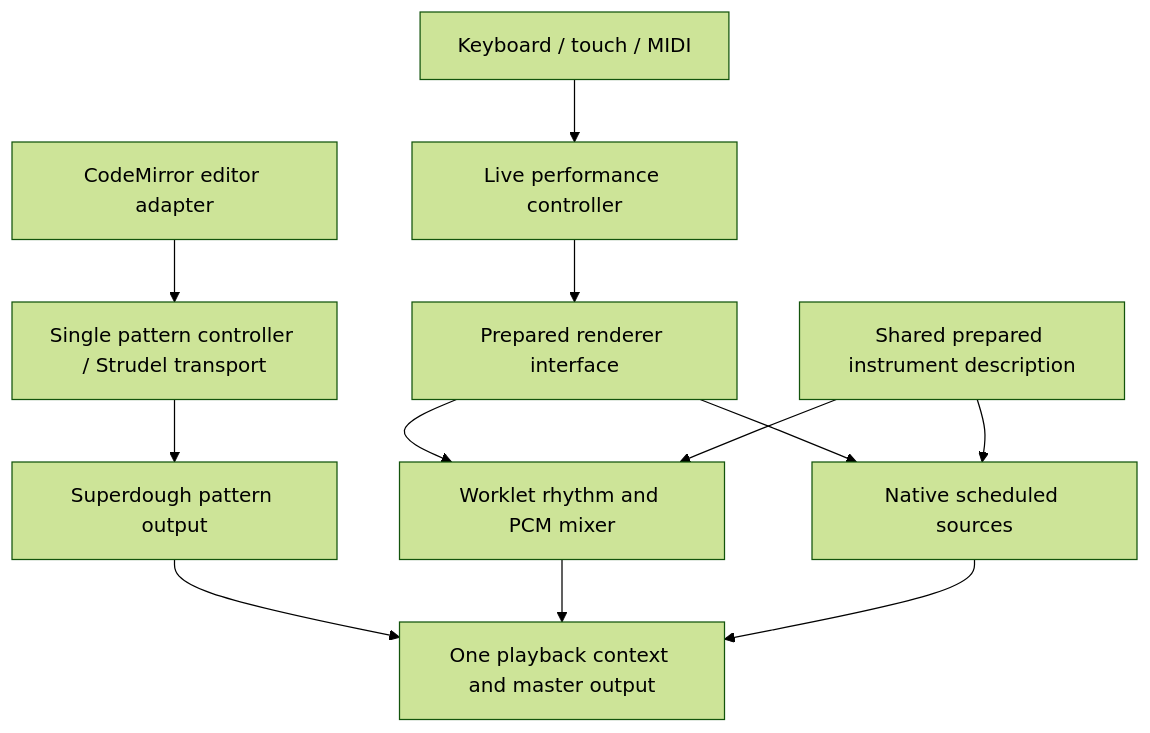
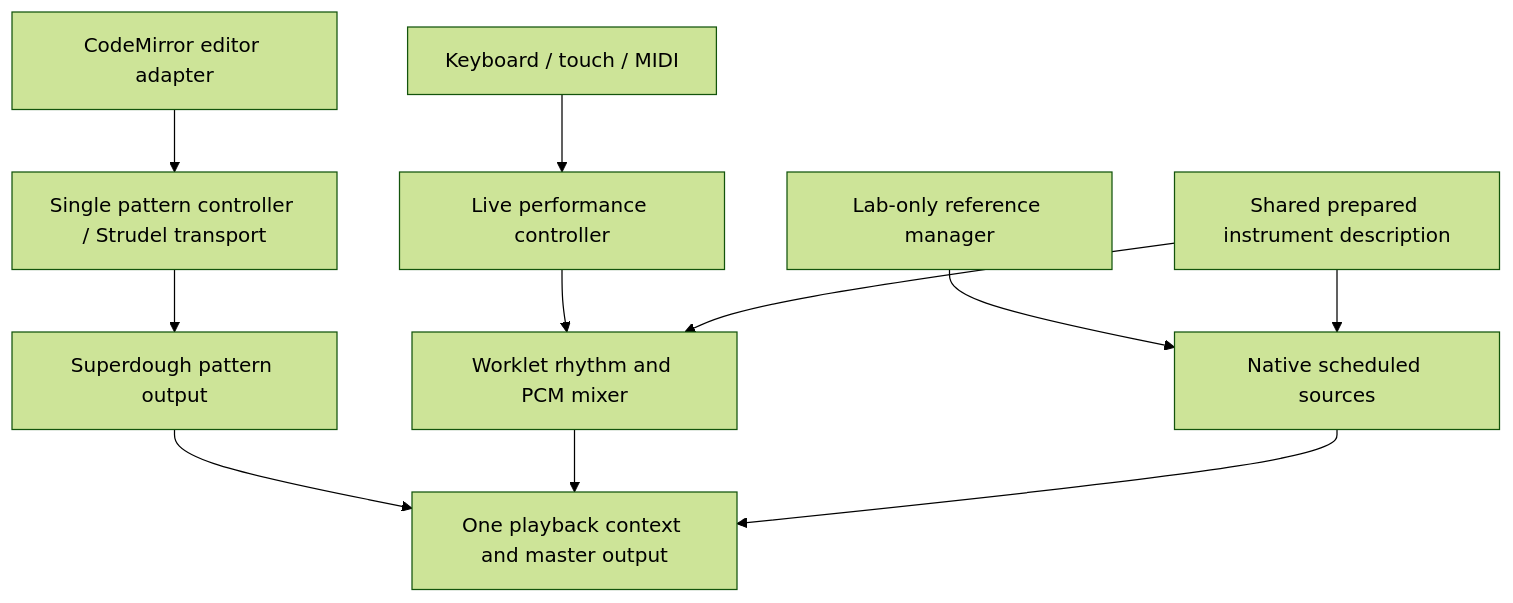
One commit to beejsbj/emotitone-solfrege changed the diagram in docs/research/audio-architecture.md. Above: the diagram before and after it, drawn with Mermaid (forest theme). The commit also changed other lines of this file, not shown here.

Commit message:
docs(audio): describe the final production renderer boundary

````diff
--- a/docs/research/audio-architecture.md
+++ b/docs/research/audio-architecture.md
@@ -7,14 +7,13 @@
 ```mermaid
 flowchart TD
   Editor[CodeMirror editor adapter] --> Pattern[Single pattern controller / Strudel transport]
   Input[Keyboard / touch / MIDI] --> Live[Live performance controller]
   Pattern --> Superdough[Superdough pattern output]
-  Live --> Renderer[Prepared renderer interface]
-  Renderer --> Worklet[Worklet rhythm and PCM mixer]
-  Renderer --> Native[Native scheduled sources]
+  Live --> Worklet[Worklet rhythm and PCM mixer]
+  Lab[Lab-only reference manager] --> Native[Native scheduled sources]
   Instruments[Shared prepared instrument description] --> Worklet
   Instruments --> Native
   Superdough --> Master[One playback context and master output]
   Worklet --> Master
   Native --> Master
 ```
````
